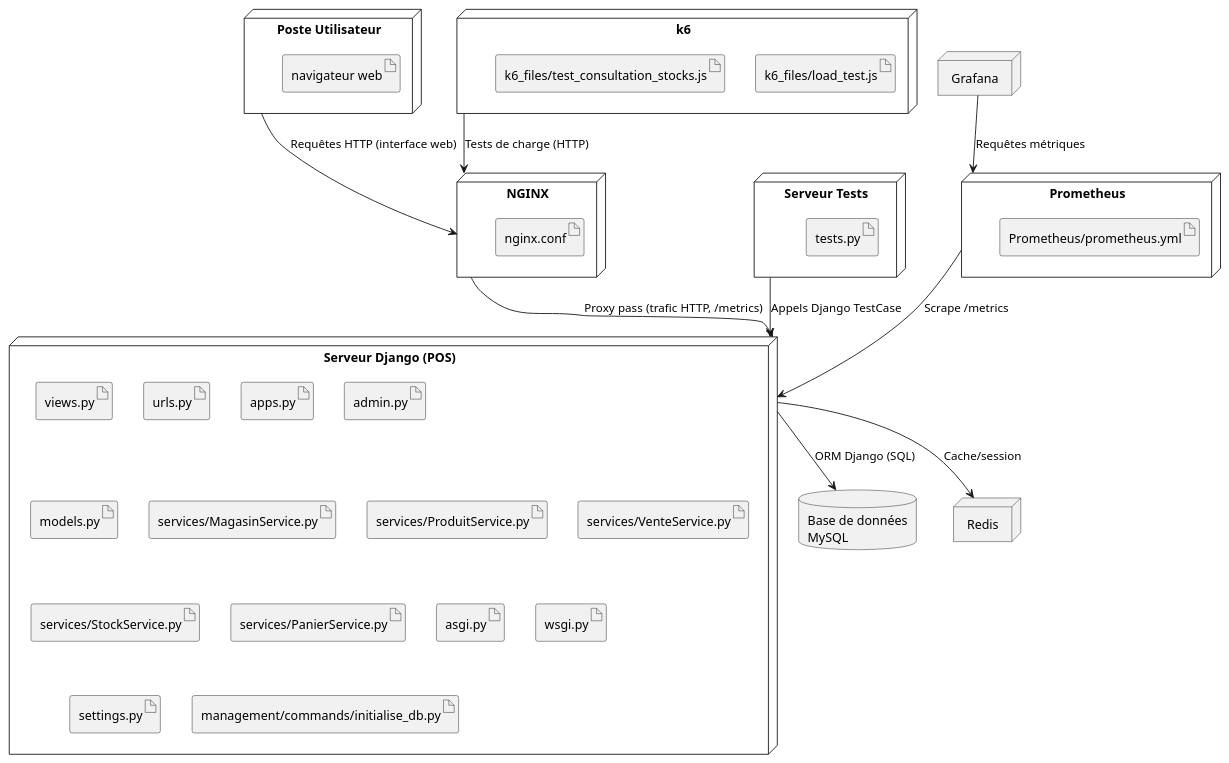
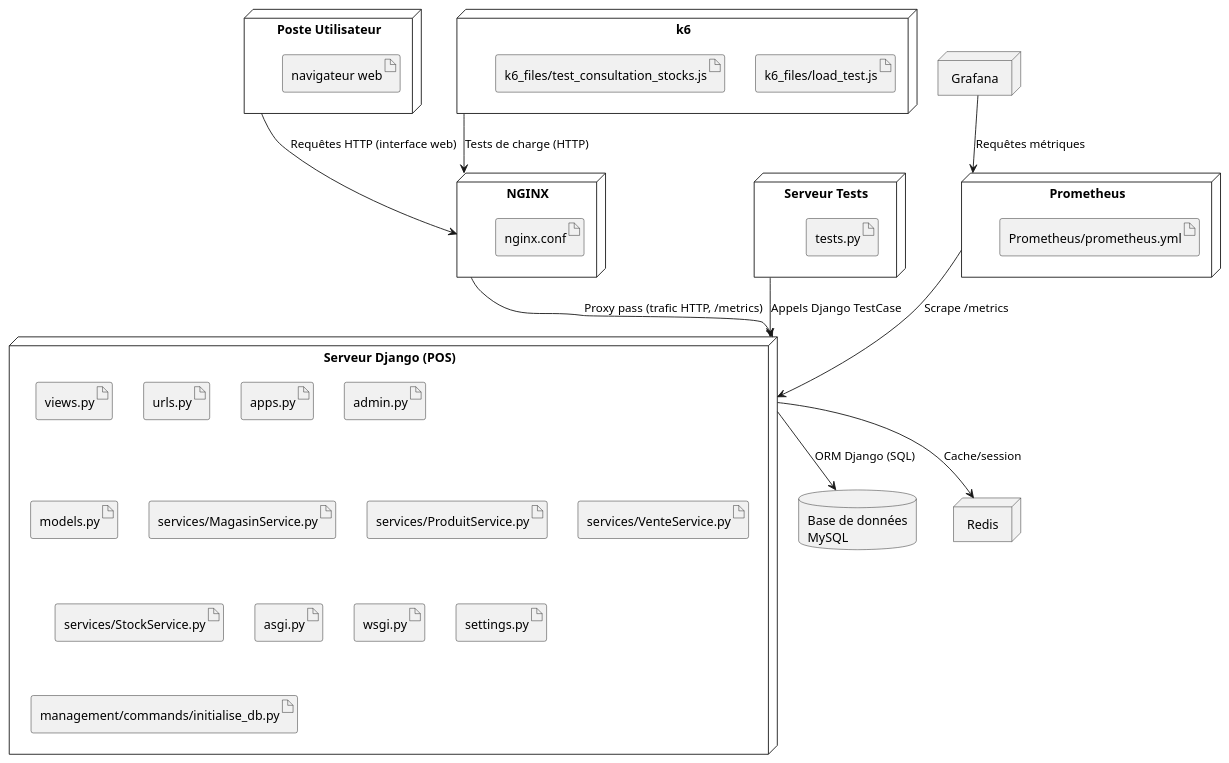
Before and after one commit to DylannFontus/Lab0_Log430: the diagram in docs/UML/VueDeploiement.puml, drawn with PlantUML. The commit also changed 24 other files, not shown here.

```diff
--- a/docs/UML/VueDeploiement.puml
+++ b/docs/UML/VueDeploiement.puml
@@ -1,56 +1,55 @@
 @startuml
 
 node "Poste Utilisateur" as client {
     artifact "navigateur web"
 }
 
 node "NGINX" as nginx {
     artifact "nginx.conf"
 }
 
 node "Serveur Django (POS)" as app {
     artifact "views.py"
     artifact "urls.py"
     artifact "apps.py"
     artifact "admin.py"
     artifact "models.py"
     artifact "services/MagasinService.py"
     artifact "services/ProduitService.py"
     artifact "services/VenteService.py"
     artifact "services/StockService.py"
-    artifact "services/PanierService.py"
     artifact "asgi.py"
     artifact "wsgi.py"
     artifact "settings.py"
     artifact "management/commands/initialise_db.py"
 }
 
 node "Serveur Tests" as test {
     artifact "tests.py"
 }
 
 database "Base de données\nMySQL" as db
 
 node "Prometheus" as prometheus {
     artifact "Prometheus/prometheus.yml"
 }
 
 node "Grafana" as grafana
 
 node "Redis" as redis
 
 node "k6" as k6 {
     artifact "k6_files/load_test.js"
     artifact "k6_files/test_consultation_stocks.js"
 }
 
 client --> nginx : Requêtes HTTP (interface web)
 nginx --> app : Proxy pass (trafic HTTP, /metrics)
 app --> db : ORM Django (SQL)
 app --> redis : Cache/session
 test --> app : Appels Django TestCase
 prometheus --> app : Scrape /metrics
 grafana --> prometheus : Requêtes métriques
 k6 --> nginx : Tests de charge (HTTP)
 
 @enduml
```
